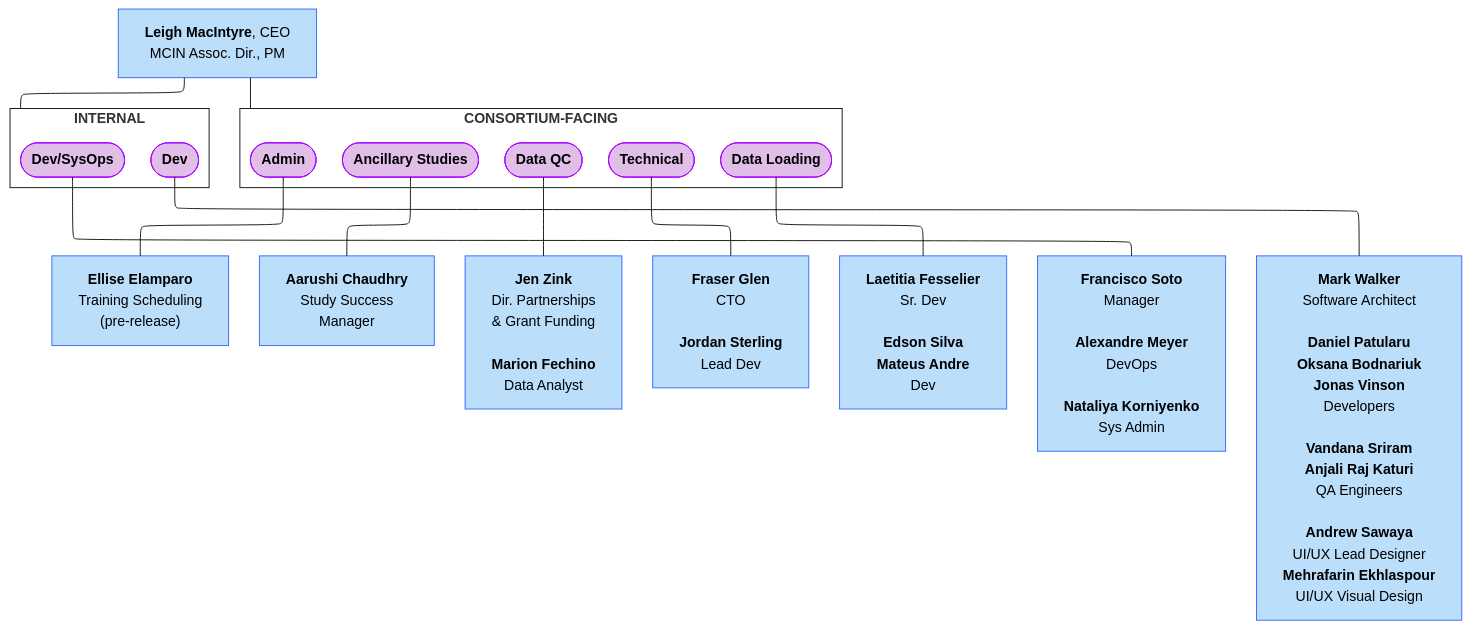
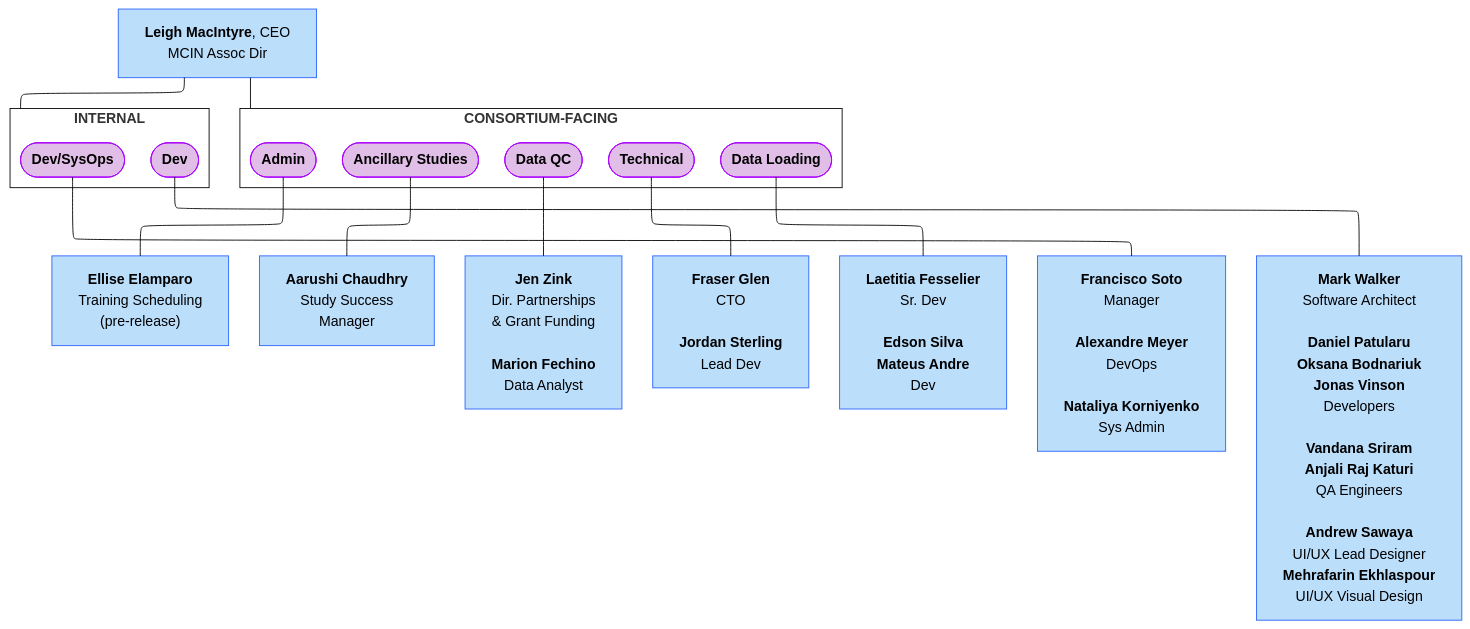
The fourth of 10 diagrams in docs/orgcharts.md (DCAN-Labs/hbcd-docs-internal), drawn with Mermaid (forest theme) before and after one commit.

Commit message:
fix leigh's title

````diff
--- a/docs/orgcharts.md
+++ b/docs/orgcharts.md
@@ -198,48 +198,48 @@
 ```mermaid
 ---
 config:
   layout: elk
 ---
 flowchart TB
  subgraph s2["<b>CONSORTIUM-FACING</b>"]
         B(["<b>Admin</b>"])
         n1(["<b>Ancillary Studies</b>"])
         n2(["<b>Data QC</b>"])
         n3(["<b>Technical</b>"])
         n4(["<b>Data Loading</b>"])
   end
  subgraph s1["<b>INTERNAL</b>"]
         n22(["<b>Dev</b>"])
         n23(["<b>Dev/SysOps</b>"])
   end
-    A["<b>Leigh MacIntyre</b>, CEO<br>MCIN Assoc. Dir., PM"] --- s1 & s2
+    A["<b>Leigh MacIntyre</b>, CEO<br>MCIN Assoc Dir"] --- s1 & s2
     B --- n5["<b>Ellise Elamparo</b><br>Training Scheduling<br>(pre-release)"]
     n1 --- n6["<b>Aarushi Chaudhry<br></b>Study Success<br>Manager"]
     n2 --- n7["<b>Jen Zink<br></b>Dir. Partnerships<br>&amp; Grant Funding<br><br><b>Marion Fechino</b><br>Data Analyst"]
     n3 --- n8["<b>Fraser Glen<br></b>CTO<br><br><b>Jordan Sterling<br></b>Lead Dev"]
     n4 --- n9["<b>Laetitia Fesselier<br></b>Sr. Dev<br><b><br>Edson Silva</b><br><b>Mateus Andre<br></b>Dev"]
     n23 --- n24["<b>Francisco Soto</b><br>Manager<br>
     <b>Alexandre Meyer</b><br>DevOps<br>
     <b>Nataliya Korniyenko<br></b>Sys Admin"]
     n22 --- n26["<b>Mark Walker</b><br>Software Architect<br>
     <b>Daniel Patularu</b><br><b>Oksana Bodnariuk<br>Jonas Vinson<br></b>Developers<br>
     <b>Vandana Sriram</b><br><b>Anjali Raj Katuri<br></b>QA Engineers<br>
     <b>Andrew Sawaya</b><br>UI/UX Lead Designer<br><b>Mehrafarin Ekhlaspour</b><br>UI/UX Visual Design"]
     style B fill:#E1BEE7,stroke:#AA00FF
     style n1 fill:#E1BEE7,stroke:#AA00FF
     style n2 fill:#E1BEE7,stroke:#AA00FF
     style n3 fill:#E1BEE7,stroke:#AA00FF
     style n4 fill:#E1BEE7,stroke:#AA00FF
     style n22 fill:#E1BEE7,stroke:#AA00FF
     style n23 fill:#E1BEE7,stroke:#AA00FF
     style A fill:#BBDEFB,stroke:#2962FF
     style s1 fill:#FFFFFF,stroke:#000000
     style n5 fill:#BBDEFB,stroke:#2962FF
     style n6 fill:#BBDEFB,stroke:#2962FF
     style n7 fill:#BBDEFB,stroke:#2962FF
     style n8 fill:#BBDEFB,stroke:#2962FF
     style n9 fill:#BBDEFB,stroke:#2962FF
     style n24 fill:#BBDEFB,stroke:#2962FF
     style n26 fill:#BBDEFB,stroke:#2962FF
     style s2 fill:#FFFFFF,stroke:#000000
 ```
````
